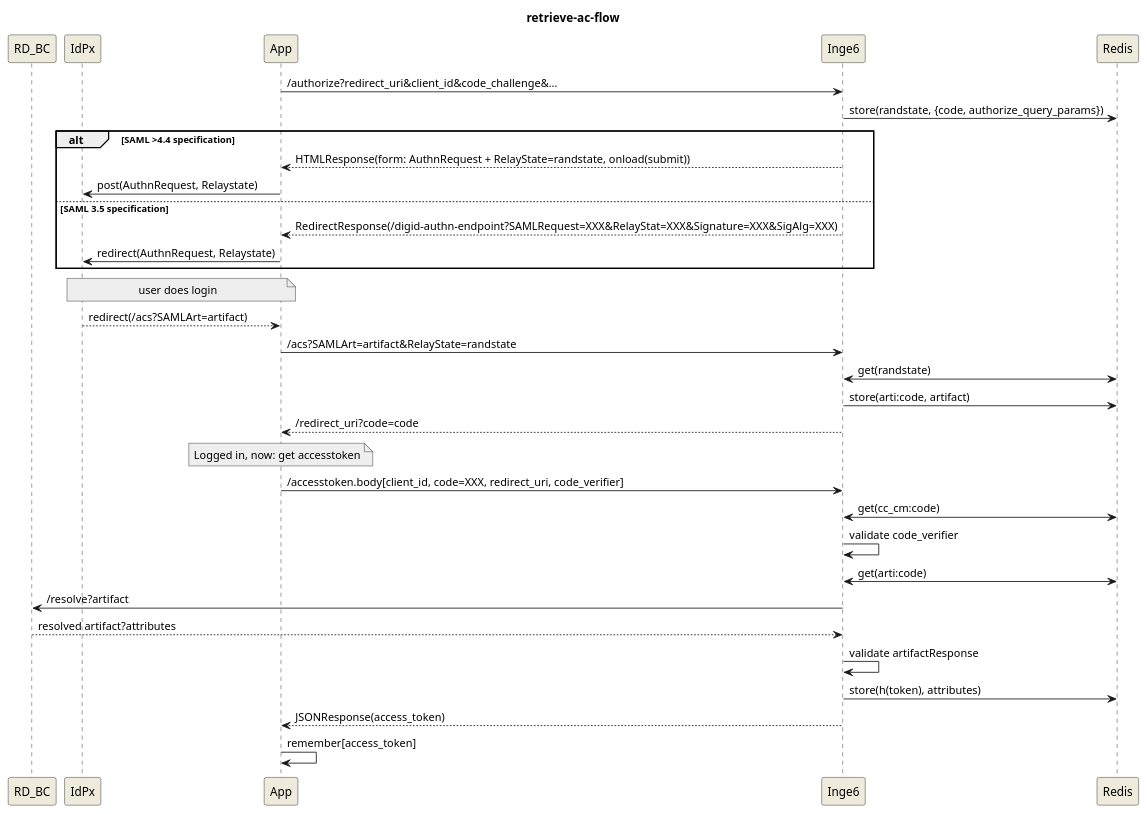
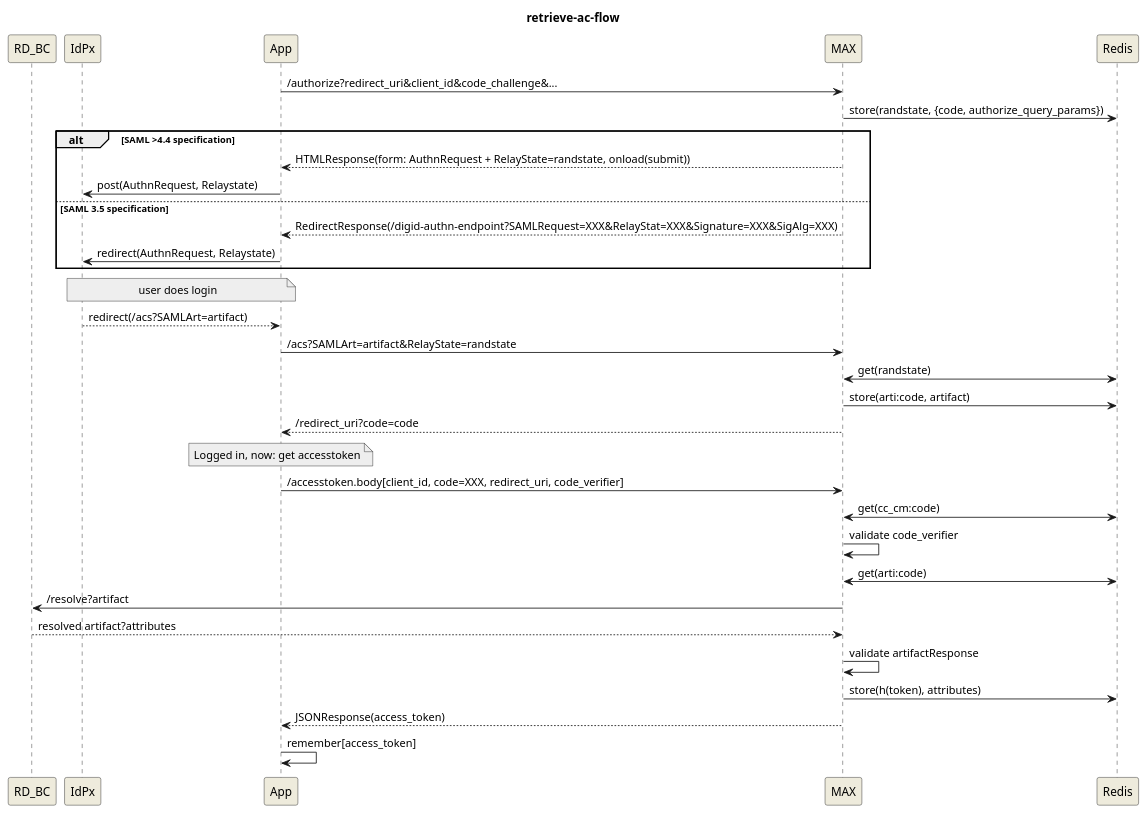
The diagram in docs/retrieve-ac-flow.wsd (minvws/nl-rdo-max), drawn with PlantUML before and after one commit. The commit also changed 2 other files, not shown here.

```diff
--- a/docs/retrieve-ac-flow.wsd
+++ b/docs/retrieve-ac-flow.wsd
@@ -1,50 +1,50 @@
 @startuml
 title retrieve-ac-flow
 
 skinparam backgroundColor white
 skinparam participantBackgroundColor #EEEBDC
 skinparam noteBackgroundColor #EEE
 
 participant RD_BC
 participant IdPx
 participant App
 
-App->Inge6:/authorize?redirect_uri&client_id&code_challenge&...
-Inge6->Redis:store(randstate, {code, authorize_query_params})
+App->MAX:/authorize?redirect_uri&client_id&code_challenge&...
+MAX->Redis:store(randstate, {code, authorize_query_params})
 
 alt SAML >4.4 specification
 
-    Inge6-->App:HTMLResponse(form: AuthnRequest + RelayState=randstate, onload(submit))
+    MAX-->App:HTMLResponse(form: AuthnRequest + RelayState=randstate, onload(submit))
     App->IdPx:post(AuthnRequest, Relaystate)
 
 else SAML 3.5 specification
 
-    Inge6-->App:RedirectResponse(/digid-authn-endpoint?SAMLRequest=XXX&RelayStat=XXX&Signature=XXX&SigAlg=XXX)
+    MAX-->App:RedirectResponse(/digid-authn-endpoint?SAMLRequest=XXX&RelayStat=XXX&Signature=XXX&SigAlg=XXX)
     App->IdPx:redirect(AuthnRequest, Relaystate)
 
 end
 
 note over App, IdPx:user does login
 IdPx-->App:redirect(/acs?SAMLArt=artifact)
-App->Inge6:/acs?SAMLArt=artifact&RelayState=randstate
+App->MAX:/acs?SAMLArt=artifact&RelayState=randstate
 
-Inge6<->Redis:get(randstate)
+MAX<->Redis:get(randstate)
 
-Inge6->Redis:store(arti:code, artifact)
-Inge6-->App:/redirect_uri?code=code
+MAX->Redis:store(arti:code, artifact)
+MAX-->App:/redirect_uri?code=code
 
 note over App: Logged in, now: get accesstoken
-App->Inge6:/accesstoken.body[client_id, code=XXX, redirect_uri, code_verifier]
-Redis<->Inge6:get(cc_cm:code)
-Inge6->Inge6:validate code_verifier
+App->MAX:/accesstoken.body[client_id, code=XXX, redirect_uri, code_verifier]
+Redis<->MAX:get(cc_cm:code)
+MAX->MAX:validate code_verifier
 
-Redis<->Inge6:get(arti:code)
-Inge6->RD_BC:/resolve?artifact
-Inge6<--RD_BC:resolved artifact?attributes
-Inge6->Inge6:validate artifactResponse
+Redis<->MAX:get(arti:code)
+MAX->RD_BC:/resolve?artifact
+MAX<--RD_BC:resolved artifact?attributes
+MAX->MAX:validate artifactResponse
 
-Inge6->Redis:store(h(token), attributes)
+MAX->Redis:store(h(token), attributes)
 
-Inge6-->App:JSONResponse(access_token)
+MAX-->App:JSONResponse(access_token)
 App->App:remember[access_token]
 @enduml
```
